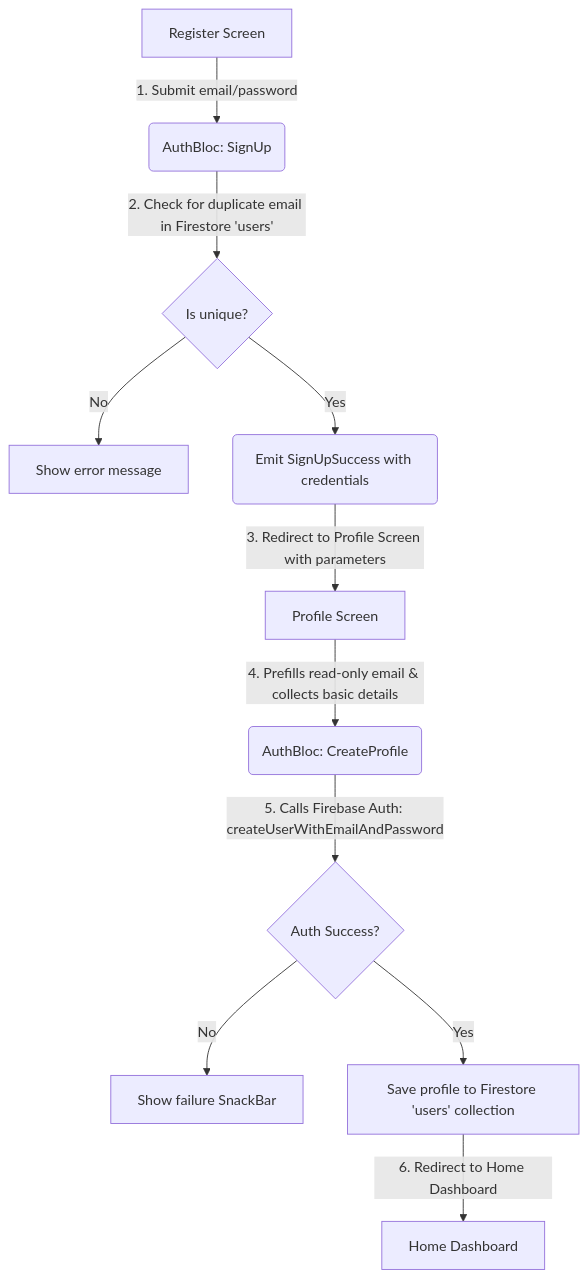
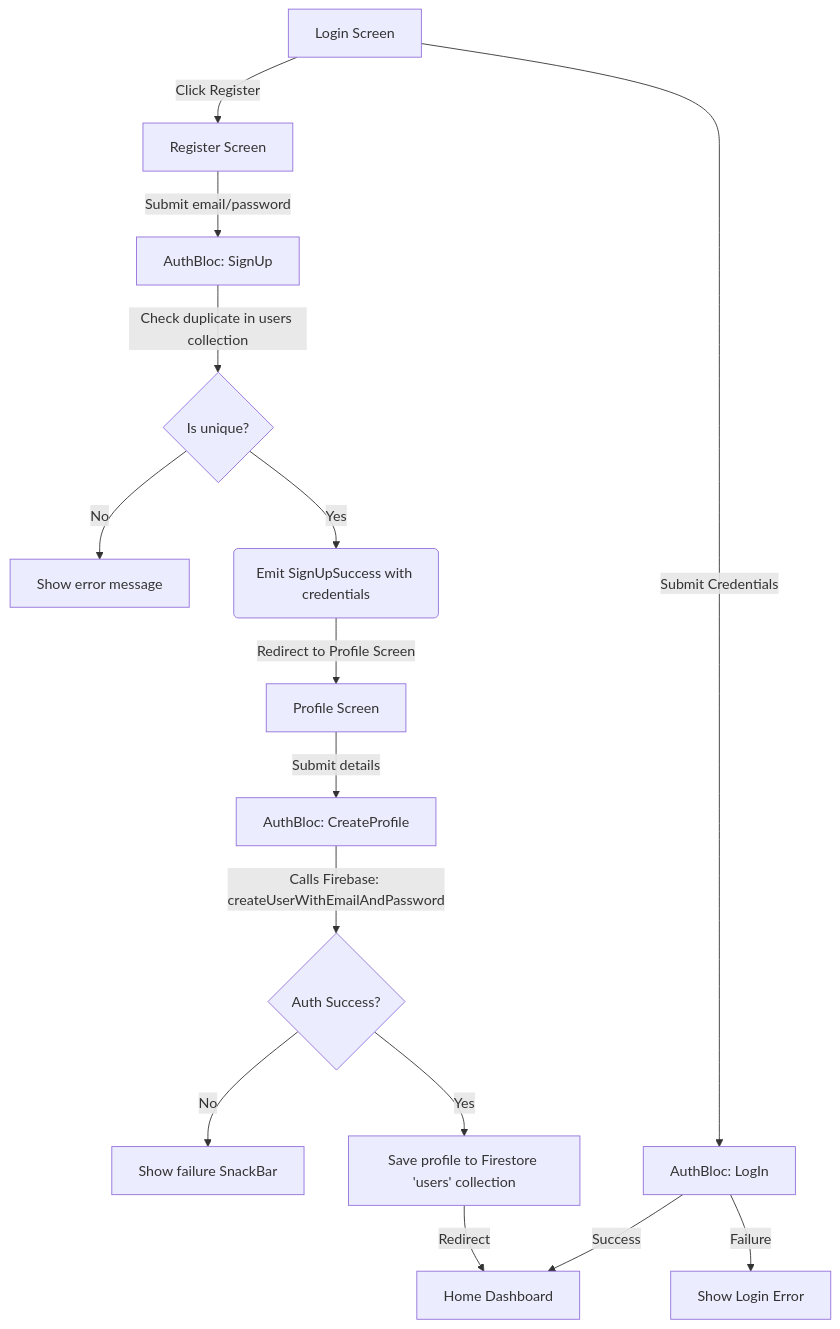
The diagram in README.md (anandp41/mockito1), drawn with Mermaid before and after one commit.

Commit message:
Update README.md flowchart starting point

````diff
--- a/README.md
+++ b/README.md
@@ -11,13 +11,19 @@
 ```mermaid
 graph TD
-    A[Register Screen] -- 1. Submit email/password --> B(AuthBloc: SignUp)
-    B -- 2. Check for duplicate email in Firestore 'users' --> C{Is unique?}
-    C -- No --> D[Show error message]
-    C -- Yes --> E(Emit SignUpSuccess with credentials)
-    E -- 3. Redirect to Profile Screen with parameters --> F[Profile Screen]
-    F -- 4. Prefills read-only email & collects basic details --> G(AuthBloc: CreateProfile)
-    G -- 5. Calls Firebase Auth: createUserWithEmailAndPassword --> H{Auth Success?}
-    H -- No --> I[Show failure SnackBar]
-    H -- Yes --> J[Save profile to Firestore 'users' collection]
-    J -- 6. Redirect to Home Dashboard --> K[Home Dashboard]
+    Start[Login Screen] -->|Click Register| Reg[Register Screen]
+    Start -->|Submit Credentials| LogIn[AuthBloc: LogIn]
+    LogIn -->|Success| Home[Home Dashboard]
+    LogIn -->|Failure| ErrorLog[Show Login Error]
+
+    Reg -->|Submit email/password| SignUp[AuthBloc: SignUp]
+    SignUp -->|Check duplicate in users collection| Unique{Is unique?}
+    Unique -->|No| ErrorReg[Show error message]
+    Unique -->|Yes| SignUpSuccess(Emit SignUpSuccess with credentials)
+    
+    SignUpSuccess -->|Redirect to Profile Screen| Profile[Profile Screen]
+    Profile -->|Submit details| CreateProfile[AuthBloc: CreateProfile]
+    CreateProfile -->|Calls Firebase: createUserWithEmailAndPassword| AuthSuccess{Auth Success?}
+    AuthSuccess -->|No| ErrorProfile[Show failure SnackBar]
+    AuthSuccess -->|Yes| SaveProfile[Save profile to Firestore 'users' collection]
+    SaveProfile -->|Redirect| Home
 ```
````
